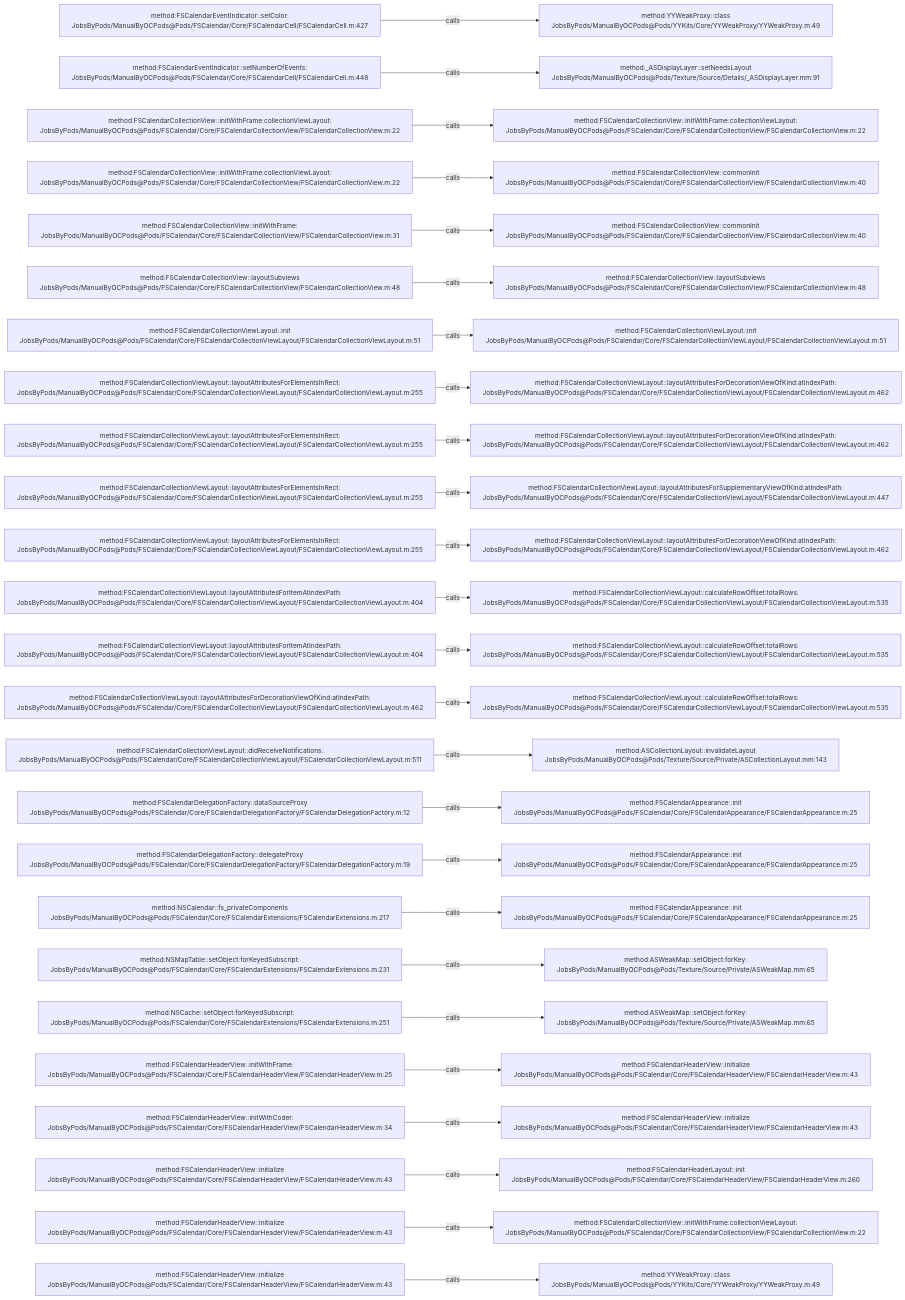
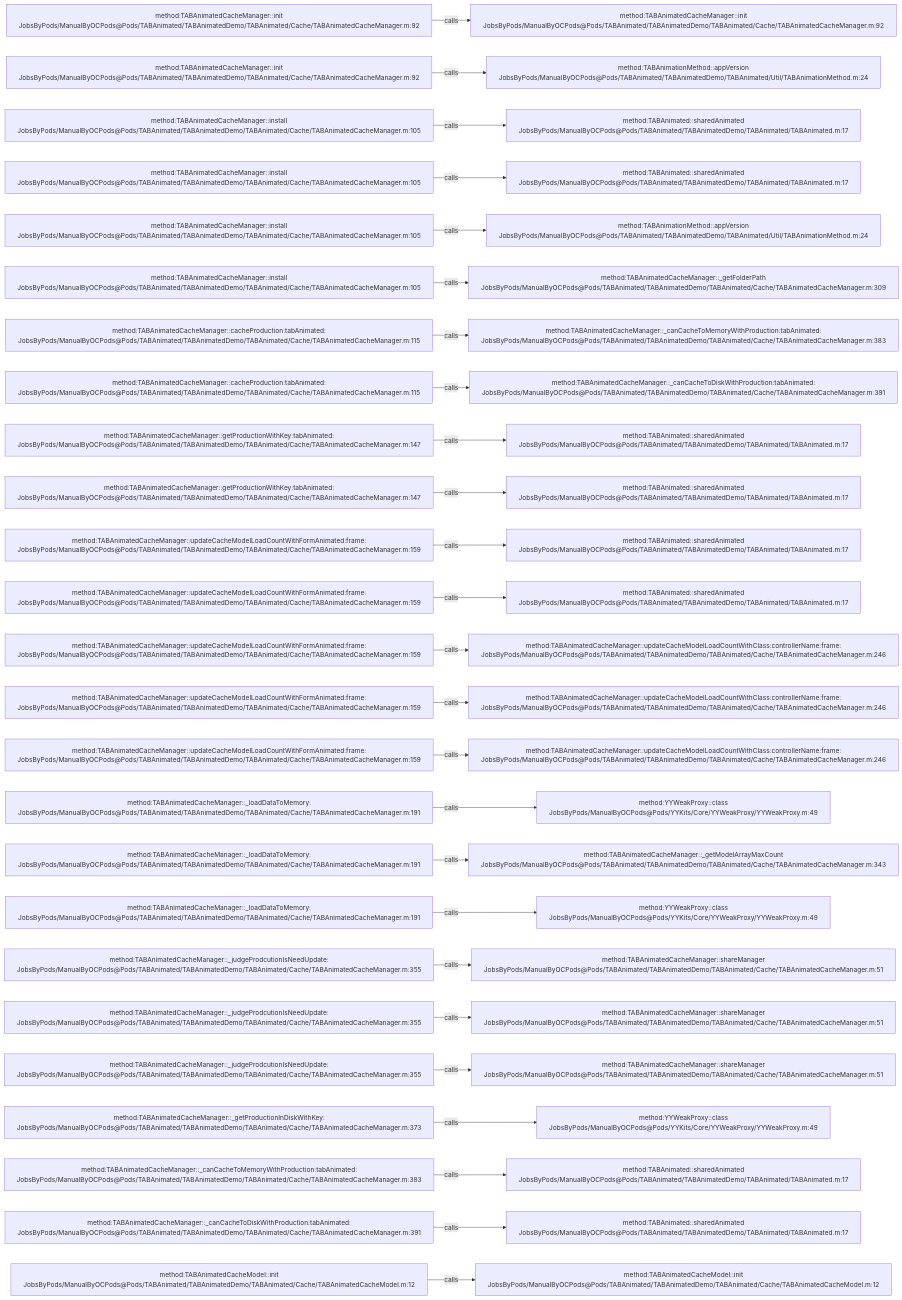
One commit to JobsKits/JobsOCBaseConfigDemo changed the diagram in .codegraph/codegraph.md/graphs/calls-010.md. Above: the diagram before and after it, drawn with Mermaid. The commit also changed 2723 other files, not shown here.

````diff
--- a/.codegraph/codegraph.md/graphs/calls-010.md
+++ b/.codegraph/codegraph.md/graphs/calls-010.md
@@ -13,78 +13,78 @@
 ```mermaid
 flowchart LR
-  S1["method:FSCalendarEventIndicator::setColor:<br/>JobsByPods/ManualByOCPods@Pods/FSCalendar/Core/FSCalendarCell/FSCalendarCell.m:427"]
-  T1["method:YYWeakProxy::class<br/>JobsByPods/ManualByOCPods@Pods/YYKits/Core/YYWeakProxy/YYWeakProxy.m:49"]
+  S1["method:TABAnimatedCacheManager::init<br/>JobsByPods/ManualByOCPods@Pods/TABAnimated/TABAnimatedDemo/TABAnimated/Cache/TABAnimatedCacheManager.m:92"]
+  T1["method:TABAnimatedCacheManager::init<br/>JobsByPods/ManualByOCPods@Pods/TABAnimated/TABAnimatedDemo/TABAnimated/Cache/TABAnimatedCacheManager.m:92"]
   S1 -->|calls| T1
-  S2["method:FSCalendarEventIndicator::setNumberOfEvents:<br/>JobsByPods/ManualByOCPods@Pods/FSCalendar/Core/FSCalendarCell/FSCalendarCell.m:448"]
-  T2["method:_ASDisplayLayer::setNeedsLayout<br/>JobsByPods/ManualByOCPods@Pods/Texture/Source/Details/_ASDisplayLayer.mm:91"]
+  S2["method:TABAnimatedCacheManager::init<br/>JobsByPods/ManualByOCPods@Pods/TABAnimated/TABAnimatedDemo/TABAnimated/Cache/TABAnimatedCacheManager.m:92"]
+  T2["method:TABAnimationMethod::appVersion<br/>JobsByPods/ManualByOCPods@Pods/TABAnimated/TABAnimatedDemo/TABAnimated/Util/TABAnimationMethod.m:24"]
   S2 -->|calls| T2
-  S3["method:FSCalendarCollectionView::initWithFrame:collectionViewLayout:<br/>JobsByPods/ManualByOCPods@Pods/FSCalendar/Core/FSCalendarCollectionView/FSCalendarCollectionView.m:22"]
-  T3["method:FSCalendarCollectionView::initWithFrame:collectionViewLayout:<br/>JobsByPods/ManualByOCPods@Pods/FSCalendar/Core/FSCalendarCollectionView/FSCalendarCollectionView.m:22"]
+  S3["method:TABAnimatedCacheManager::install<br/>JobsByPods/ManualByOCPods@Pods/TABAnimated/TABAnimatedDemo/TABAnimated/Cache/TABAnimatedCacheManager.m:105"]
+  T3["method:TABAnimated::sharedAnimated<br/>JobsByPods/ManualByOCPods@Pods/TABAnimated/TABAnimatedDemo/TABAnimated/TABAnimated.m:17"]
   S3 -->|calls| T3
-  S4["method:FSCalendarCollectionView::initWithFrame:collectionViewLayout:<br/>JobsByPods/ManualByOCPods@Pods/FSCalendar/Core/FSCalendarCollectionView/FSCalendarCollectionView.m:22"]
-  T4["method:FSCalendarCollectionView::commonInit<br/>JobsByPods/ManualByOCPods@Pods/FSCalendar/Core/FSCalendarCollectionView/FSCalendarCollectionView.m:40"]
+  S4["method:TABAnimatedCacheManager::install<br/>JobsByPods/ManualByOCPods@Pods/TABAnimated/TABAnimatedDemo/TABAnimated/Cache/TABAnimatedCacheManager.m:105"]
+  T4["method:TABAnimated::sharedAnimated<br/>JobsByPods/ManualByOCPods@Pods/TABAnimated/TABAnimatedDemo/TABAnimated/TABAnimated.m:17"]
   S4 -->|calls| T4
-  S5["method:FSCalendarCollectionView::initWithFrame:<br/>JobsByPods/ManualByOCPods@Pods/FSCalendar/Core/FSCalendarCollectionView/FSCalendarCollectionView.m:31"]
-  T5["method:FSCalendarCollectionView::commonInit<br/>JobsByPods/ManualByOCPods@Pods/FSCalendar/Core/FSCalendarCollectionView/FSCalendarCollectionView.m:40"]
+  S5["method:TABAnimatedCacheManager::install<br/>JobsByPods/ManualByOCPods@Pods/TABAnimated/TABAnimatedDemo/TABAnimated/Cache/TABAnimatedCacheManager.m:105"]
+  T5["method:TABAnimationMethod::appVersion<br/>JobsByPods/ManualByOCPods@Pods/TABAnimated/TABAnimatedDemo/TABAnimated/Util/TABAnimationMethod.m:24"]
   S5 -->|calls| T5
-  S6["method:FSCalendarCollectionView::layoutSubviews<br/>JobsByPods/ManualByOCPods@Pods/FSCalendar/Core/FSCalendarCollectionView/FSCalendarCollectionView.m:48"]
-  T6["method:FSCalendarCollectionView::layoutSubviews<br/>JobsByPods/ManualByOCPods@Pods/FSCalendar/Core/FSCalendarCollectionView/FSCalendarCollectionView.m:48"]
+  S6["method:TABAnimatedCacheManager::install<br/>JobsByPods/ManualByOCPods@Pods/TABAnimated/TABAnimatedDemo/TABAnimated/Cache/TABAnimatedCacheManager.m:105"]
+  T6["method:TABAnimatedCacheManager::_getFolderPath<br/>JobsByPods/ManualByOCPods@Pods/TABAnimated/TABAnimatedDemo/TABAnimated/Cache/TABAnimatedCacheManager.m:309"]
   S6 -->|calls| T6
-  S7["method:FSCalendarCollectionViewLayout::init<br/>JobsByPods/ManualByOCPods@Pods/FSCalendar/Core/FSCalendarCollectionViewLayout/FSCalendarCollectionViewLayout.m:51"]
-  T7["method:FSCalendarCollectionViewLayout::init<br/>JobsByPods/ManualByOCPods@Pods/FSCalendar/Core/FSCalendarCollectionViewLayout/FSCalendarCollectionViewLayout.m:51"]
+  S7["method:TABAnimatedCacheManager::cacheProduction:tabAnimated:<br/>JobsByPods/ManualByOCPods@Pods/TABAnimated/TABAnimatedDemo/TABAnimated/Cache/TABAnimatedCacheManager.m:115"]
+  T7["method:TABAnimatedCacheManager::_canCacheToMemoryWithProduction:tabAnimated:<br/>JobsByPods/ManualByOCPods@Pods/TABAnimated/TABAnimatedDemo/TABAnimated/Cache/TABAnimatedCacheManager.m:383"]
   S7 -->|calls| T7
-  S8["method:FSCalendarCollectionViewLayout::layoutAttributesForElementsInRect:<br/>JobsByPods/ManualByOCPods@Pods/FSCalendar/Core/FSCalendarCollectionViewLayout/FSCalendarCollectionViewLayout.m:255"]
-  T8["method:FSCalendarCollectionViewLayout::layoutAttributesForDecorationViewOfKind:atIndexPath:<br/>JobsByPods/ManualByOCPods@Pods/FSCalendar/Core/FSCalendarCollectionViewLayout/FSCalendarCollectionViewLayout.m:462"]
+  S8["method:TABAnimatedCacheManager::cacheProduction:tabAnimated:<br/>JobsByPods/ManualByOCPods@Pods/TABAnimated/TABAnimatedDemo/TABAnimated/Cache/TABAnimatedCacheManager.m:115"]
+  T8["method:TABAnimatedCacheManager::_canCacheToDiskWithProduction:tabAnimated:<br/>JobsByPods/ManualByOCPods@Pods/TABAnimated/TABAnimatedDemo/TABAnimated/Cache/TABAnimatedCacheManager.m:391"]
   S8 -->|calls| T8
-  S9["method:FSCalendarCollectionViewLayout::layoutAttributesForElementsInRect:<br/>JobsByPods/ManualByOCPods@Pods/FSCalendar/Core/FSCalendarCollectionViewLayout/FSCalendarCollectionViewLayout.m:255"]
-  T9["method:FSCalendarCollectionViewLayout::layoutAttributesForDecorationViewOfKind:atIndexPath:<br/>JobsByPods/ManualByOCPods@Pods/FSCalendar/Core/FSCalendarCollectionViewLayout/FSCalendarCollectionViewLayout.m:462"]
+  S9["method:TABAnimatedCacheManager::getProductionWithKey:tabAnimated:<br/>JobsByPods/ManualByOCPods@Pods/TABAnimated/TABAnimatedDemo/TABAnimated/Cache/TABAnimatedCacheManager.m:147"]
+  T9["method:TABAnimated::sharedAnimated<br/>JobsByPods/ManualByOCPods@Pods/TABAnimated/TABAnimatedDemo/TABAnimated/TABAnimated.m:17"]
   S9 -->|calls| T9
-  S10["method:FSCalendarCollectionViewLayout::layoutAttributesForElementsInRect:<br/>JobsByPods/ManualByOCPods@Pods/FSCalendar/Core/FSCalendarCollectionViewLayout/FSCalendarCollectionViewLayout.m:255"]
-  T10["method:FSCalendarCollectionViewLayout::layoutAttributesForSupplementaryViewOfKind:atIndexPath:<br/>JobsByPods/ManualByOCPods@Pods/FSCalendar/Core/FSCalendarCollectionViewLayout/FSCalendarCollectionViewLayout.m:447"]
+  S10["method:TABAnimatedCacheManager::getProductionWithKey:tabAnimated:<br/>JobsByPods/ManualByOCPods@Pods/TABAnimated/TABAnimatedDemo/TABAnimated/Cache/TABAnimatedCacheManager.m:147"]
+  T10["method:TABAnimated::sharedAnimated<br/>JobsByPods/ManualByOCPods@Pods/TABAnimated/TABAnimatedDemo/TABAnimated/TABAnimated.m:17"]
   S10 -->|calls| T10
-  S11["method:FSCalendarCollectionViewLayout::layoutAttributesForElementsInRect:<br/>JobsByPods/ManualByOCPods@Pods/FSCalendar/Core/FSCalendarCollectionViewLayout/FSCalendarCollectionViewLayout.m:255"]
-  T11["method:FSCalendarCollectionViewLayout::layoutAttributesForDecorationViewOfKind:atIndexPath:<br/>JobsByPods/ManualByOCPods@Pods/FSCalendar/Core/FSCalendarCollectionViewLayout/FSCalendarCollectionViewLayout.m:462"]
+  S11["method:TABAnimatedCacheManager::updateCacheModelLoadCountWithFormAnimated:frame:<br/>JobsByPods/ManualByOCPods@Pods/TABAnimated/TABAnimatedDemo/TABAnimated/Cache/TABAnimatedCacheManager.m:159"]
+  T11["method:TABAnimated::sharedAnimated<br/>JobsByPods/ManualByOCPods@Pods/TABAnimated/TABAnimatedDemo/TABAnimated/TABAnimated.m:17"]
   S11 -->|calls| T11
-  S12["method:FSCalendarCollectionViewLayout::layoutAttributesForItemAtIndexPath:<br/>JobsByPods/ManualByOCPods@Pods/FSCalendar/Core/FSCalendarCollectionViewLayout/FSCalendarCollectionViewLayout.m:404"]
-  T12["method:FSCalendarCollectionViewLayout::calculateRowOffset:totalRows:<br/>JobsByPods/ManualByOCPods@Pods/FSCalendar/Core/FSCalendarCollectionViewLayout/FSCalendarCollectionViewLayout.m:535"]
+  S12["method:TABAnimatedCacheManager::updateCacheModelLoadCountWithFormAnimated:frame:<br/>JobsByPods/ManualByOCPods@Pods/TABAnimated/TABAnimatedDemo/TABAnimated/Cache/TABAnimatedCacheManager.m:159"]
+  T12["method:TABAnimated::sharedAnimated<br/>JobsByPods/ManualByOCPods@Pods/TABAnimated/TABAnimatedDemo/TABAnimated/TABAnimated.m:17"]
   S12 -->|calls| T12
-  S13["method:FSCalendarCollectionViewLayout::layoutAttributesForItemAtIndexPath:<br/>JobsByPods/ManualByOCPods@Pods/FSCalendar/Core/FSCalendarCollectionViewLayout/FSCalendarCollectionViewLayout.m:404"]
-  T13["method:FSCalendarCollectionViewLayout::calculateRowOffset:totalRows:<br/>JobsByPods/ManualByOCPods@Pods/FSCalendar/Core/FSCalendarCollectionViewLayout/FSCalendarCollectionViewLayout.m:535"]
+  S13["method:TABAnimatedCacheManager::updateCacheModelLoadCountWithFormAnimated:frame:<br/>JobsByPods/ManualByOCPods@Pods/TABAnimated/TABAnimatedDemo/TABAnimated/Cache/TABAnimatedCacheManager.m:159"]
+  T13["method:TABAnimatedCacheManager::updateCacheModelLoadCountWithClass:controllerName:frame:<br/>JobsByPods/ManualByOCPods@Pods/TABAnimated/TABAnimatedDemo/TABAnimated/Cache/TABAnimatedCacheManager.m:246"]
   S13 -->|calls| T13
-  S14["method:FSCalendarCollectionViewLayout::layoutAttributesForDecorationViewOfKind:atIndexPath:<br/>JobsByPods/ManualByOCPods@Pods/FSCalendar/Core/FSCalendarCollectionViewLayout/FSCalendarCollectionViewLayout.m:462"]
-  T14["method:FSCalendarCollectionViewLayout::calculateRowOffset:totalRows:<br/>JobsByPods/ManualByOCPods@Pods/FSCalendar/Core/FSCalendarCollectionViewLayout/FSCalendarCollectionViewLayout.m:535"]
+  S14["method:TABAnimatedCacheManager::updateCacheModelLoadCountWithFormAnimated:frame:<br/>JobsByPods/ManualByOCPods@Pods/TABAnimated/TABAnimatedDemo/TABAnimated/Cache/TABAnimatedCacheManager.m:159"]
+  T14["method:TABAnimatedCacheManager::updateCacheModelLoadCountWithClass:controllerName:frame:<br/>JobsByPods/ManualByOCPods@Pods/TABAnimated/TABAnimatedDemo/TABAnimated/Cache/TABAnimatedCacheManager.m:246"]
   S14 -->|calls| T14
-  S15["method:FSCalendarCollectionViewLayout::didReceiveNotifications:<br/>JobsByPods/ManualByOCPods@Pods/FSCalendar/Core/FSCalendarCollectionViewLayout/FSCalendarCollectionViewLayout.m:511"]
-  T15["method:ASCollectionLayout::invalidateLayout<br/>JobsByPods/ManualByOCPods@Pods/Texture/Source/Private/ASCollectionLayout.mm:143"]
+  S15["method:TABAnimatedCacheManager::updateCacheModelLoadCountWithFormAnimated:frame:<br/>JobsByPods/ManualByOCPods@Pods/TABAnimated/TABAnimatedDemo/TABAnimated/Cache/TABAnimatedCacheManager.m:159"]
+  T15["method:TABAnimatedCacheManager::updateCacheModelLoadCountWithClass:controllerName:frame:<br/>JobsByPods/ManualByOCPods@Pods/TABAnimated/TABAnimatedDemo/TABAnimated/Cache/TABAnimatedCacheManager.m:246"]
   S15 -->|calls| T15
-  S16["method:FSCalendarDelegationFactory::dataSourceProxy<br/>JobsByPods/ManualByOCPods@Pods/FSCalendar/Core/FSCalendarDelegationFactory/FSCalendarDelegationFactory.m:12"]
-  T16["method:FSCalendarAppearance::init<br/>JobsByPods/ManualByOCPods@Pods/FSCalendar/Core/FSCalendarAppearance/FSCalendarAppearance.m:25"]
+  S16["method:TABAnimatedCacheManager::_loadDataToMemory:<br/>JobsByPods/ManualByOCPods@Pods/TABAnimated/TABAnimatedDemo/TABAnimated/Cache/TABAnimatedCacheManager.m:191"]
+  T16["method:YYWeakProxy::class<br/>JobsByPods/ManualByOCPods@Pods/YYKits/Core/YYWeakProxy/YYWeakProxy.m:49"]
   S16 -->|calls| T16
-  S17["method:FSCalendarDelegationFactory::delegateProxy<br/>JobsByPods/ManualByOCPods@Pods/FSCalendar/Core/FSCalendarDelegationFactory/FSCalendarDelegationFactory.m:19"]
-  T17["method:FSCalendarAppearance::init<br/>JobsByPods/ManualByOCPods@Pods/FSCalendar/Core/FSCalendarAppearance/FSCalendarAppearance.m:25"]
+  S17["method:TABAnimatedCacheManager::_loadDataToMemory:<br/>JobsByPods/ManualByOCPods@Pods/TABAnimated/TABAnimatedDemo/TABAnimated/Cache/TABAnimatedCacheManager.m:191"]
+  T17["method:TABAnimatedCacheManager::_getModelArrayMaxCount<br/>JobsByPods/ManualByOCPods@Pods/TABAnimated/TABAnimatedDemo/TABAnimated/Cache/TABAnimatedCacheManager.m:343"]
   S17 -->|calls| T17
-  S18["method:NSCalendar::fs_privateComponents<br/>JobsByPods/ManualByOCPods@Pods/FSCalendar/Core/FSCalendarExtensions/FSCalendarExtensions.m:217"]
-  T18["method:FSCalendarAppearance::init<br/>JobsByPods/ManualByOCPods@Pods/FSCalendar/Core/FSCalendarAppearance/FSCalendarAppearance.m:25"]
+  S18["method:TABAnimatedCacheManager::_loadDataToMemory:<br/>JobsByPods/ManualByOCPods@Pods/TABAnimated/TABAnimatedDemo/TABAnimated/Cache/TABAnimatedCacheManager.m:191"]
+  T18["method:YYWeakProxy::class<br/>JobsByPods/ManualByOCPods@Pods/YYKits/Core/YYWeakProxy/YYWeakProxy.m:49"]
   S18 -->|calls| T18
-  S19["method:NSMapTable::setObject:forKeyedSubscript:<br/>JobsByPods/ManualByOCPods@Pods/FSCalendar/Core/FSCalendarExtensions/FSCalendarExtensions.m:231"]
-  T19["method:ASWeakMap::setObject:forKey:<br/>JobsByPods/ManualByOCPods@Pods/Texture/Source/Private/ASWeakMap.mm:65"]
+  S19["method:TABAnimatedCacheManager::_judgeProdcutionIsNeedUpdate:<br/>JobsByPods/ManualByOCPods@Pods/TABAnimated/TABAnimatedDemo/TABAnimated/Cache/TABAnimatedCacheManager.m:355"]
+  T19["method:TABAnimatedCacheManager::shareManager<br/>JobsByPods/ManualByOCPods@Pods/TABAnimated/TABAnimatedDemo/TABAnimated/Cache/TABAnimatedCacheManager.m:51"]
   S19 -->|calls| T19
-  S20["method:NSCache::setObject:forKeyedSubscript:<br/>JobsByPods/ManualByOCPods@Pods/FSCalendar/Core/FSCalendarExtensions/FSCalendarExtensions.m:251"]
-  T20["method:ASWeakMap::setObject:forKey:<br/>JobsByPods/ManualByOCPods@Pods/Texture/Source/Private/ASWeakMap.mm:65"]
+  S20["method:TABAnimatedCacheManager::_judgeProdcutionIsNeedUpdate:<br/>JobsByPods/ManualByOCPods@Pods/TABAnimated/TABAnimatedDemo/TABAnimated/Cache/TABAnimatedCacheManager.m:355"]
+  T20["method:TABAnimatedCacheManager::shareManager<br/>JobsByPods/ManualByOCPods@Pods/TABAnimated/TABAnimatedDemo/TABAnimated/Cache/TABAnimatedCacheManager.m:51"]
   S20 -->|calls| T20
-  S21["method:FSCalendarHeaderView::initWithFrame:<br/>JobsByPods/ManualByOCPods@Pods/FSCalendar/Core/FSCalendarHeaderView/FSCalendarHeaderView.m:25"]
-  T21["method:FSCalendarHeaderView::initialize<br/>JobsByPods/ManualByOCPods@Pods/FSCalendar/Core/FSCalendarHeaderView/FSCalendarHeaderView.m:43"]
+  S21["method:TABAnimatedCacheManager::_judgeProdcutionIsNeedUpdate:<br/>JobsByPods/ManualByOCPods@Pods/TABAnimated/TABAnimatedDemo/TABAnimated/Cache/TABAnimatedCacheManager.m:355"]
+  T21["method:TABAnimatedCacheManager::shareManager<br/>JobsByPods/ManualByOCPods@Pods/TABAnimated/TABAnimatedDemo/TABAnimated/Cache/TABAnimatedCacheManager.m:51"]
   S21 -->|calls| T21
-  S22["method:FSCalendarHeaderView::initWithCoder:<br/>JobsByPods/ManualByOCPods@Pods/FSCalendar/Core/FSCalendarHeaderView/FSCalendarHeaderView.m:34"]
-  T22["method:FSCalendarHeaderView::initialize<br/>JobsByPods/ManualByOCPods@Pods/FSCalendar/Core/FSCalendarHeaderView/FSCalendarHeaderView.m:43"]
+  S22["method:TABAnimatedCacheManager::_getProductionInDiskWithKey:<br/>JobsByPods/ManualByOCPods@Pods/TABAnimated/TABAnimatedDemo/TABAnimated/Cache/TABAnimatedCacheManager.m:373"]
+  T22["method:YYWeakProxy::class<br/>JobsByPods/ManualByOCPods@Pods/YYKits/Core/YYWeakProxy/YYWeakProxy.m:49"]
   S22 -->|calls| T22
-  S23["method:FSCalendarHeaderView::initialize<br/>JobsByPods/ManualByOCPods@Pods/FSCalendar/Core/FSCalendarHeaderView/FSCalendarHeaderView.m:43"]
-  T23["method:FSCalendarHeaderLayout::init<br/>JobsByPods/ManualByOCPods@Pods/FSCalendar/Core/FSCalendarHeaderView/FSCalendarHeaderView.m:260"]
+  S23["method:TABAnimatedCacheManager::_canCacheToMemoryWithProduction:tabAnimated:<br/>JobsByPods/ManualByOCPods@Pods/TABAnimated/TABAnimatedDemo/TABAnimated/Cache/TABAnimatedCacheManager.m:383"]
+  T23["method:TABAnimated::sharedAnimated<br/>JobsByPods/ManualByOCPods@Pods/TABAnimated/TABAnimatedDemo/TABAnimated/TABAnimated.m:17"]
   S23 -->|calls| T23
-  S24["method:FSCalendarHeaderView::initialize<br/>JobsByPods/ManualByOCPods@Pods/FSCalendar/Core/FSCalendarHeaderView/FSCalendarHeaderView.m:43"]
-  T24["method:FSCalendarCollectionView::initWithFrame:collectionViewLayout:<br/>JobsByPods/ManualByOCPods@Pods/FSCalendar/Core/FSCalendarCollectionView/FSCalendarCollectionView.m:22"]
+  S24["method:TABAnimatedCacheManager::_canCacheToDiskWithProduction:tabAnimated:<br/>JobsByPods/ManualByOCPods@Pods/TABAnimated/TABAnimatedDemo/TABAnimated/Cache/TABAnimatedCacheManager.m:391"]
+  T24["method:TABAnimated::sharedAnimated<br/>JobsByPods/ManualByOCPods@Pods/TABAnimated/TABAnimatedDemo/TABAnimated/TABAnimated.m:17"]
   S24 -->|calls| T24
-  S25["method:FSCalendarHeaderView::initialize<br/>JobsByPods/ManualByOCPods@Pods/FSCalendar/Core/FSCalendarHeaderView/FSCalendarHeaderView.m:43"]
-  T25["method:YYWeakProxy::class<br/>JobsByPods/ManualByOCPods@Pods/YYKits/Core/YYWeakProxy/YYWeakProxy.m:49"]
+  S25["method:TABAnimatedCacheModel::init<br/>JobsByPods/ManualByOCPods@Pods/TABAnimated/TABAnimatedDemo/TABAnimated/Cache/TABAnimatedCacheModel.m:12"]
+  T25["method:TABAnimatedCacheModel::init<br/>JobsByPods/ManualByOCPods@Pods/TABAnimated/TABAnimatedDemo/TABAnimated/Cache/TABAnimatedCacheModel.m:12"]
   S25 -->|calls| T25
 ```
````
